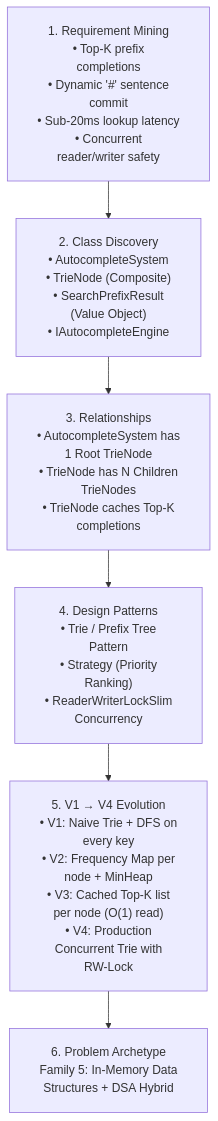
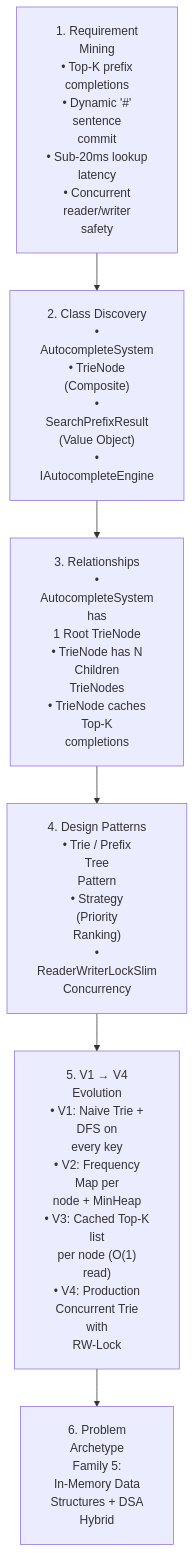
Before and after one commit to dip4k/DSA_102: the first of 3 diagrams in LLD/03_Tier3_DSA_Screening/29_Search_Autocomplete_System.md, drawn with Mermaid. The commit also changed other lines of this file and 106 other files, not shown here.

First line of the commit message:
fix(mermaid): prevent text clipping with foreignObject overflow and tighter line wrapping

````diff
--- a/LLD/03_Tier3_DSA_Screening/29_Search_Autocomplete_System.md
+++ b/LLD/03_Tier3_DSA_Screening/29_Search_Autocomplete_System.md
@@ -21,9 +21,9 @@
 ```mermaid
-%%{init: {"flowchart": {"htmlLabels": true, "padding": 20}}}%%
+%%{init: {"flowchart": {"htmlLabels": true, "padding": 20}, "themeCSS": "foreignObject { overflow: visible !important; }"}}%%
 flowchart TD
-    A["1. Requirement Mining<br/>• Top-K prefix<br/>completions<br/>• Dynamic '#' sentence<br/>commit<br/>• Sub-20ms lookup latency<br/>• Concurrent<br/>reader/writer safety"] --> B["2. Class Discovery<br/>• AutocompleteSystem<br/>• TrieNode (Composite)<br/>• SearchPrefixResult<br/>(Value Object)<br/>• IAutocompleteEngine"]
-    B --> C["3. Relationships<br/>• AutocompleteSystem has<br/>1 Root TrieNode<br/>• TrieNode has N Children<br/>TrieNodes<br/>• TrieNode caches Top-K<br/>completions"]
-    C --> D["4. Design Patterns<br/>• Trie / Prefix Tree<br/>Pattern<br/>• Strategy (Priority<br/>Ranking)<br/>• ReaderWriterLockSlim<br/>Concurrency"]
-    D --> E["5. V1 → V4 Evolution<br/>• V1: Naive Trie + DFS on<br/>every key<br/>• V2: Frequency Map per<br/>node + MinHeap<br/>• V3: Cached Top-K list<br/>per node (O(1) read)<br/>• V4: Production<br/>Concurrent Trie with<br/>RW-Lock"]
-    E --> F["6. Problem Archetype<br/>Family 5: In-Memory Data<br/>Structures + DSA Hybrid"]
+    A["1. Requirement<br/>Mining<br/>• Top-K prefix<br/>completions<br/>• Dynamic '#'<br/>sentence<br/>commit<br/>• Sub-20ms lookup<br/>latency<br/>• Concurrent<br/>reader/writer<br/>safety"] --> B["2. Class Discovery<br/>•<br/>AutocompleteSystem<br/>• TrieNode<br/>(Composite)<br/>•<br/>SearchPrefixResult<br/>(Value Object)<br/>•<br/>IAutocompleteEngine"]
+    B --> C["3. Relationships<br/>•<br/>AutocompleteSystem<br/>has<br/>1 Root TrieNode<br/>• TrieNode has N<br/>Children<br/>TrieNodes<br/>• TrieNode caches<br/>Top-K<br/>completions"]
+    C --> D["4. Design Patterns<br/>• Trie / Prefix<br/>Tree<br/>Pattern<br/>• Strategy<br/>(Priority<br/>Ranking)<br/>•<br/>ReaderWriterLockSlim<br/>Concurrency"]
+    D --> E["5. V1 → V4<br/>Evolution<br/>• V1: Naive Trie +<br/>DFS on<br/>every key<br/>• V2: Frequency<br/>Map per<br/>node + MinHeap<br/>• V3: Cached Top-K<br/>list<br/>per node (O(1)<br/>read)<br/>• V4: Production<br/>Concurrent Trie<br/>with<br/>RW-Lock"]
+    E --> F["6. Problem<br/>Archetype<br/>Family 5:<br/>In-Memory Data<br/>Structures + DSA<br/>Hybrid"]
 ```
````
